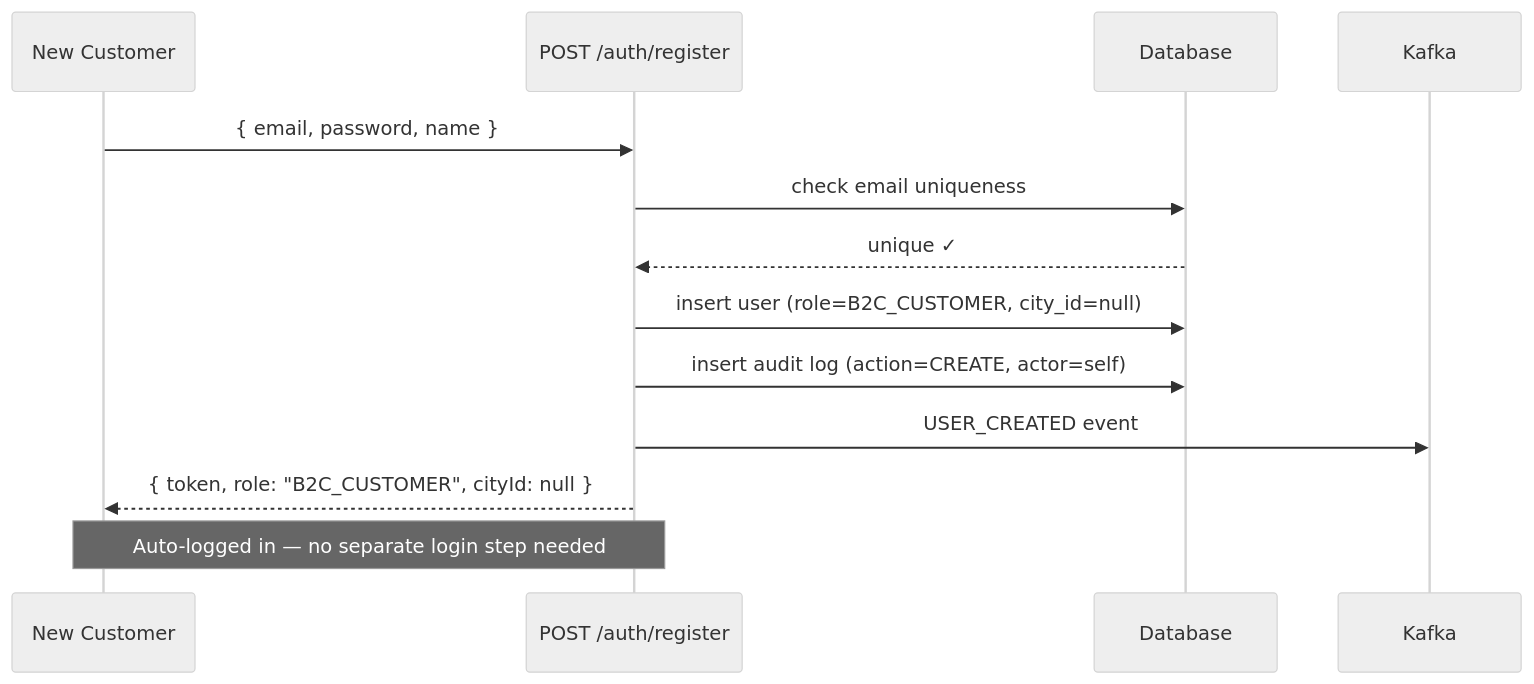
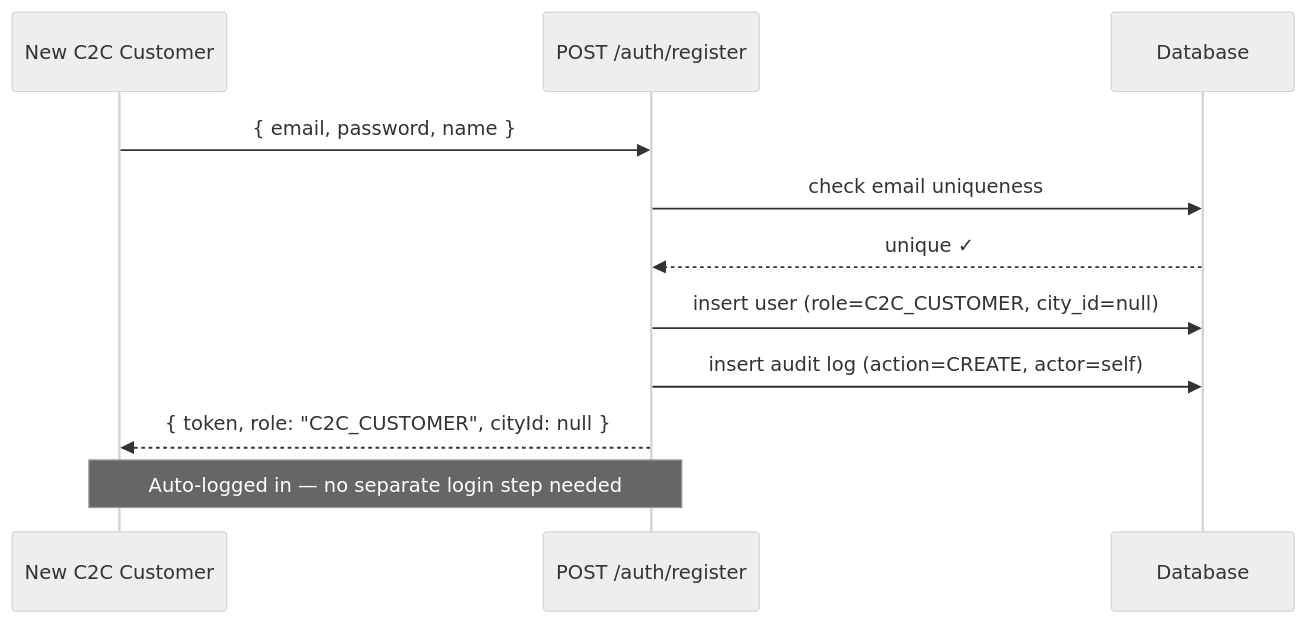
Before and after one commit to Sidarthapati/one_day_delivery: the third of 4 diagrams in docs/M1/DESIGN.md, drawn with Mermaid (neutral theme). The commit also changed other lines of this file and 16 other files, not shown here.

````diff
--- a/docs/M1/DESIGN.md
+++ b/docs/M1/DESIGN.md
@@ -584,16 +596,14 @@
 ```mermaid
 sequenceDiagram
-    participant C as New Customer
+    participant C as New C2C Customer
     participant R as POST /auth/register
     participant DB as Database
-    participant K as Kafka
 
     C->>R: { email, password, name }
     R->>DB: check email uniqueness
     DB-->>R: unique ✓
-    R->>DB: insert user (role=B2C_CUSTOMER, city_id=null)
+    R->>DB: insert user (role=C2C_CUSTOMER, city_id=null)
     R->>DB: insert audit log (action=CREATE, actor=self)
-    R->>K: USER_CREATED event
-    R-->>C: { token, role: "B2C_CUSTOMER", cityId: null }
+    R-->>C: { token, role: "C2C_CUSTOMER", cityId: null }
     Note over C,R: Auto-logged in — no separate login step needed
 ```
````
